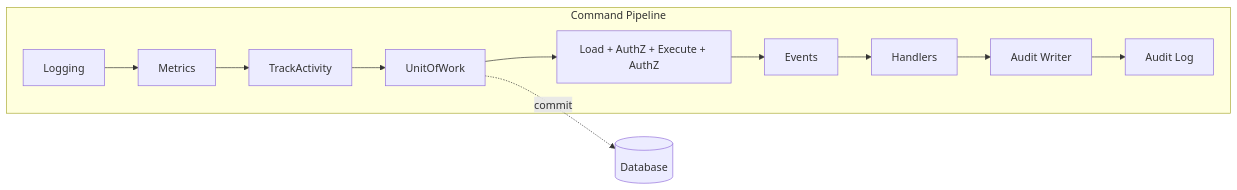
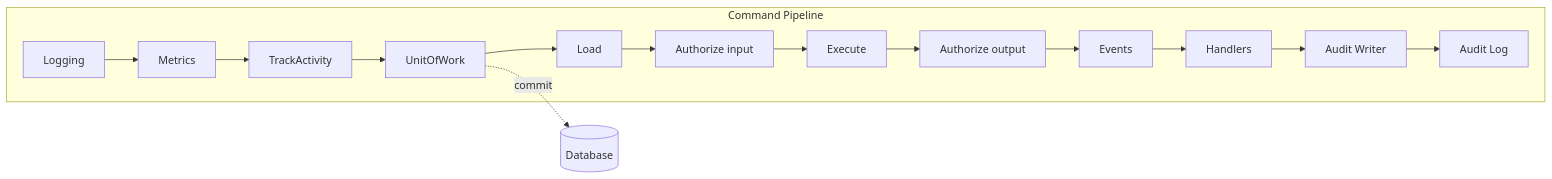
The third of 5 diagrams in README.md (TheFellow/go-modular-monolith), drawn with Mermaid before and after one commit. The commit also changed other lines of this file and 26 other files, not shown here.

````diff
--- a/README.md
+++ b/README.md
@@ -174,15 +175,18 @@
 ```mermaid
 flowchart LR
     subgraph Command Pipeline
         L[Logging] --> M[Metrics]
         M --> A[TrackActivity]
         A --> U[UnitOfWork]
-        U --> E[Load + AuthZ + Execute + AuthZ]
-        E --> EV[Events]
+        U --> LD[Load]
+        LD --> AI[Authorize input]
+        AI --> E[Execute]
+        E --> AO[Authorize output]
+        AO --> EV[Events]
         EV --> H[Handlers]
         H --> R[Audit Writer]
         R --> AU[Audit Log]
     end
 
     U -.->|commit| DB[(Database)]
 ```
````
